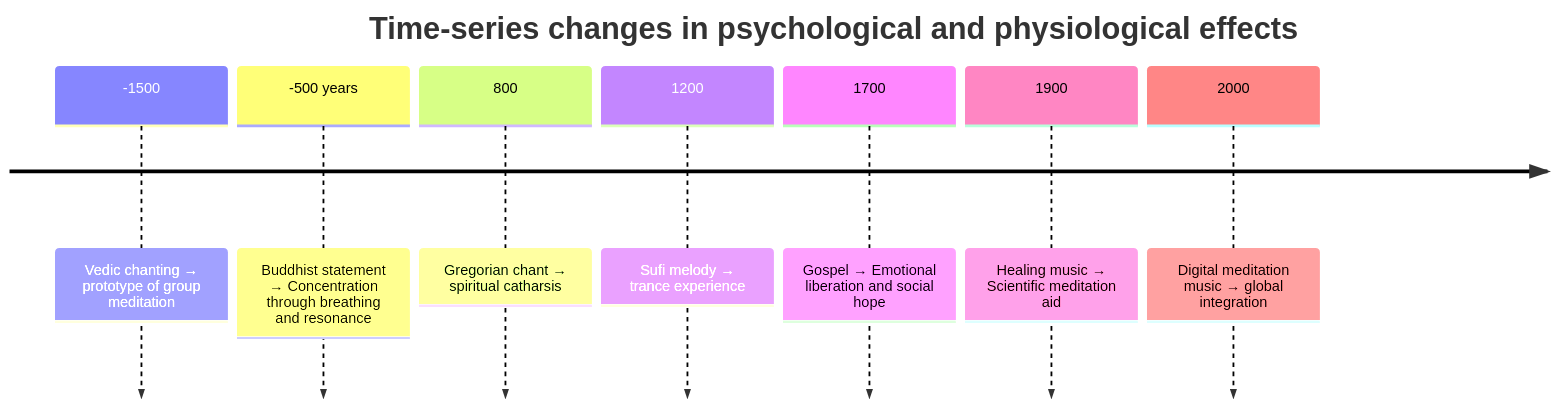
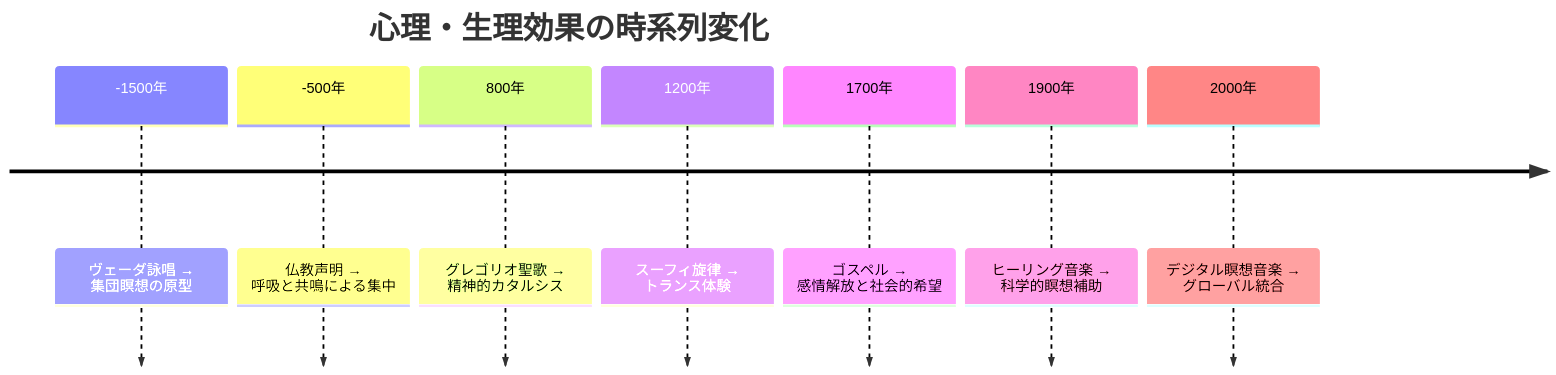
Before and after one commit to monumental-movement/monumental-movement.github.io: the third of 3 diagrams in en/_posts/2025-11-11-column-religious-music-worldmap.md, drawn with Mermaid. The commit also changed other lines of this file and 211 other files, not shown here.

```diff
--- a/en/_posts/2025-11-11-column-religious-music-worldmap.md
+++ b/en/_posts/2025-11-11-column-religious-music-worldmap.md
@@ -180,13 +180,13 @@
 <div class="mermaid">
 
 timeline
-title Time-series changes in psychological and physiological effects
--1500: Vedic chanting → prototype of group meditation
--500 years: Buddhist statement → Concentration through breathing and resonance
-800: Gregorian chant → spiritual catharsis
-1200: Sufi melody → trance experience
-1700: Gospel → Emotional liberation and social hope
-1900: Healing music → Scientific meditation aid
-2000: Digital meditation music → global integration
+    title 心理・生理効果の時系列変化
+    -1500年 : ヴェーダ詠唱 → 集団瞑想の原型
+    -500年 : 仏教声明 → 呼吸と共鳴による集中
+    800年 : グレゴリオ聖歌 → 精神的カタルシス
+    1200年 : スーフィ旋律 → トランス体験
+    1700年 : ゴスペル → 感情解放と社会的希望
+    1900年 : ヒーリング音楽 → 科学的瞑想補助
+    2000年 : デジタル瞑想音楽 → グローバル統合
 
 </div>
```
